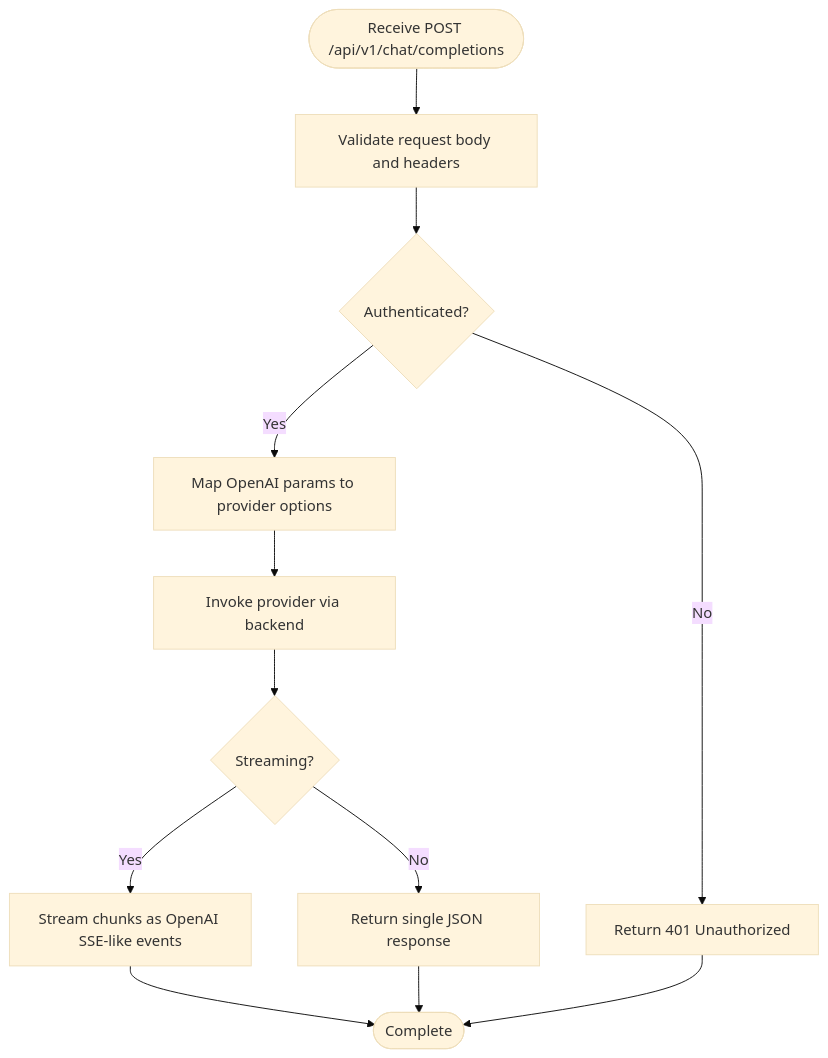
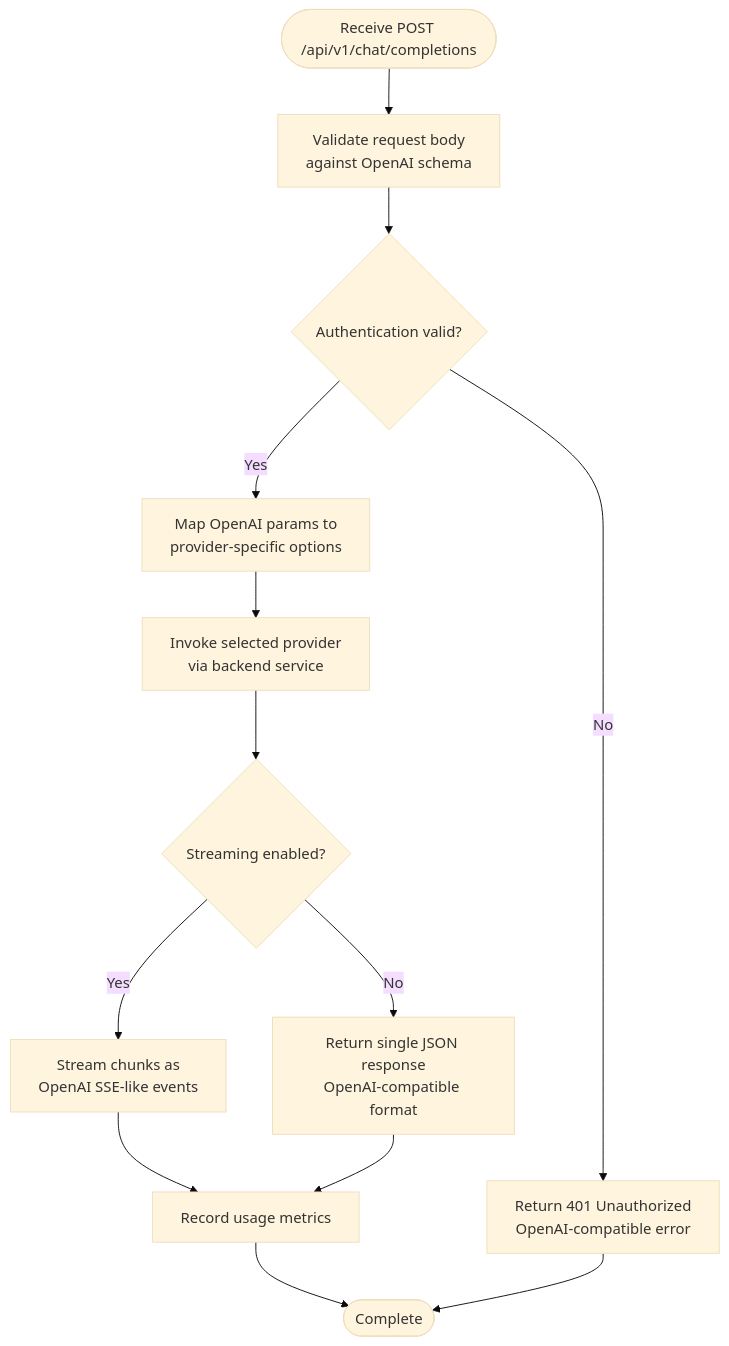
One commit to HassanAmeer/cheaprouter changed the third of 8 diagrams in .qoder/repowiki/en/content/Integration Guides/OpenAI Compatibility Layer.md. Above: the diagram before and after it, drawn with Mermaid (base theme). The commit also changed other lines of this file and 54 other files, not shown here.

````diff
--- a/.qoder/repowiki/en/content/Integration Guides/OpenAI Compatibility Layer.md
+++ b/.qoder/repowiki/en/content/Integration Guides/OpenAI Compatibility Layer.md
@@ -130,14 +145,15 @@
 ```mermaid
 flowchart TD
-Start(["Receive POST /api/v1/chat/completions"]) --> Validate["Validate request body and headers"]
-Validate --> AuthCheck{"Authenticated?"}
-AuthCheck --> |No| ErrAuth["Return 401 Unauthorized"]
-AuthCheck --> |Yes| MapParams["Map OpenAI params to provider options"]
-MapParams --> CallProvider["Invoke provider via backend"]
-CallProvider --> RespType{"Streaming?"}
-RespType --> |Yes| StreamResp["Stream chunks as OpenAI SSE-like events"]
-RespType --> |No| JsonResp["Return single JSON response"]
-StreamResp --> End(["Complete"])
-JsonResp --> End
+Start(["Receive POST /api/v1/chat/completions"]) --> Validate["Validate request body<br/>against OpenAI schema"]
+Validate --> AuthCheck{"Authentication valid?"}
+AuthCheck --> |No| ErrAuth["Return 401 Unauthorized<br/>OpenAI-compatible error"]
+AuthCheck --> |Yes| MapParams["Map OpenAI params to<br/>provider-specific options"]
+MapParams --> CallProvider["Invoke selected provider<br/>via backend service"]
+CallProvider --> RespType{"Streaming enabled?"}
+RespType --> |Yes| StreamResp["Stream chunks as<br/>OpenAI SSE-like events"]
+RespType --> |No| JsonResp["Return single JSON response<br/>OpenAI-compatible format"]
+StreamResp --> TrackUsage["Record usage metrics"]
+JsonResp --> TrackUsage
+TrackUsage --> End(["Complete"])
 ErrAuth --> End
 ```
````
